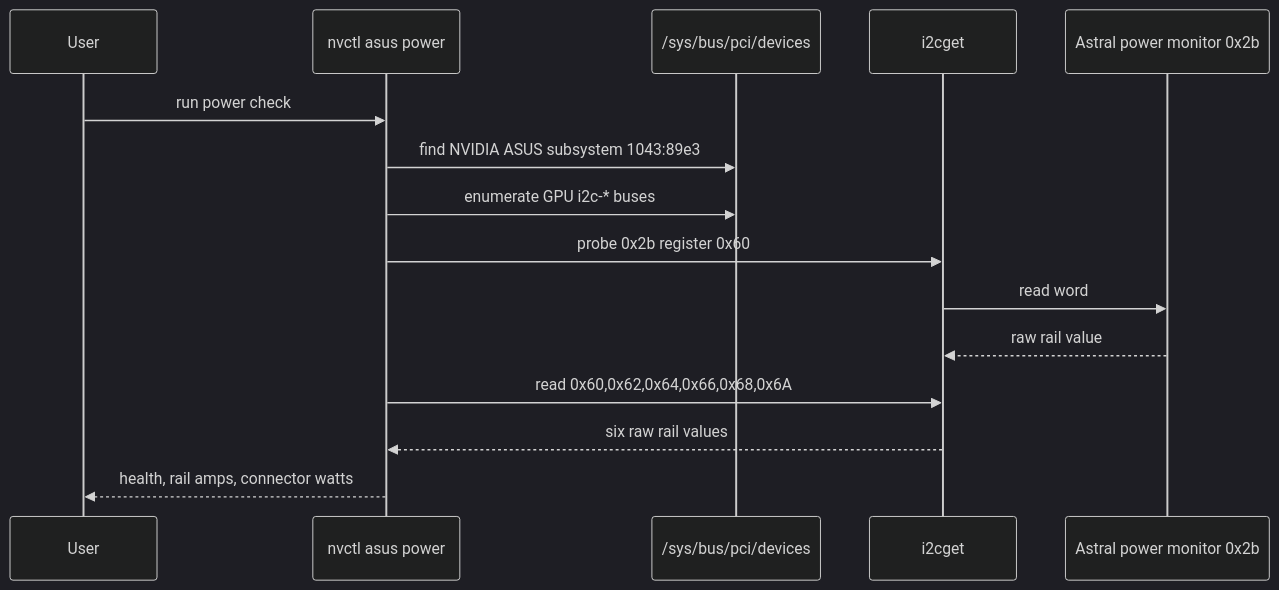
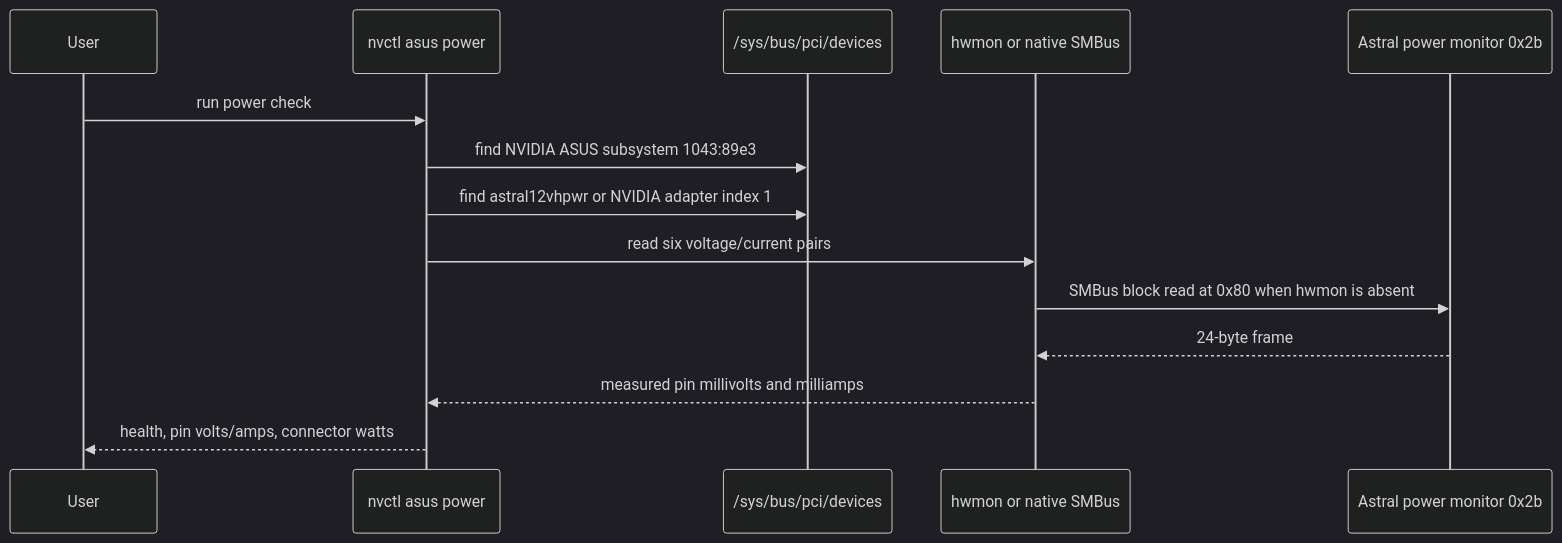
The diagram in docs/hardware/rtx-5090-setup.md (GhostKellz/nvcontrol), drawn with Mermaid (dark theme) before and after one commit. The commit also changed other lines of this file and 66 other files, not shown here.

````diff
--- a/docs/hardware/rtx-5090-setup.md
+++ b/docs/hardware/rtx-5090-setup.md
@@ -628,18 +628,17 @@
 ```mermaid
 sequenceDiagram
     participant User
     participant Nvctl as nvctl asus power
     participant Sysfs as /sys/bus/pci/devices
-    participant I2C as i2cget
+    participant Source as hwmon or native SMBus
     participant Monitor as Astral power monitor 0x2b
 
     User->>Nvctl: run power check
     Nvctl->>Sysfs: find NVIDIA ASUS subsystem 1043:89e3
-    Nvctl->>Sysfs: enumerate GPU i2c-* buses
-    Nvctl->>I2C: probe 0x2b register 0x60
-    I2C->>Monitor: read word
-    Monitor-->>I2C: raw rail value
-    Nvctl->>I2C: read 0x60,0x62,0x64,0x66,0x68,0x6A
-    I2C-->>Nvctl: six raw rail values
-    Nvctl-->>User: health, rail amps, connector watts
+    Nvctl->>Sysfs: find astral12vhpwr or NVIDIA adapter index 1
+    Nvctl->>Source: read six voltage/current pairs
+    Source->>Monitor: SMBus block read at 0x80 when hwmon is absent
+    Monitor-->>Source: 24-byte frame
+    Source-->>Nvctl: measured pin millivolts and milliamps
+    Nvctl-->>User: health, pin volts/amps, connector watts
 ```
````
